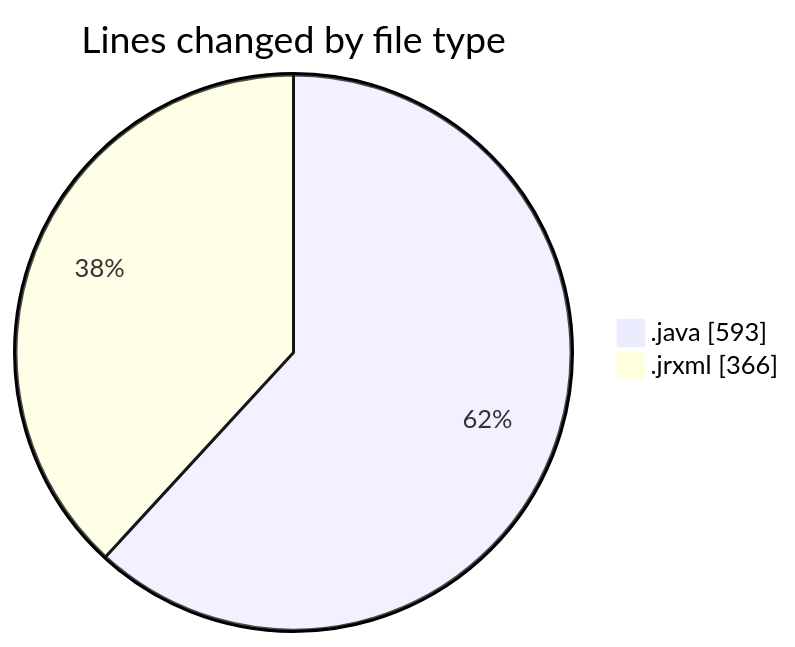
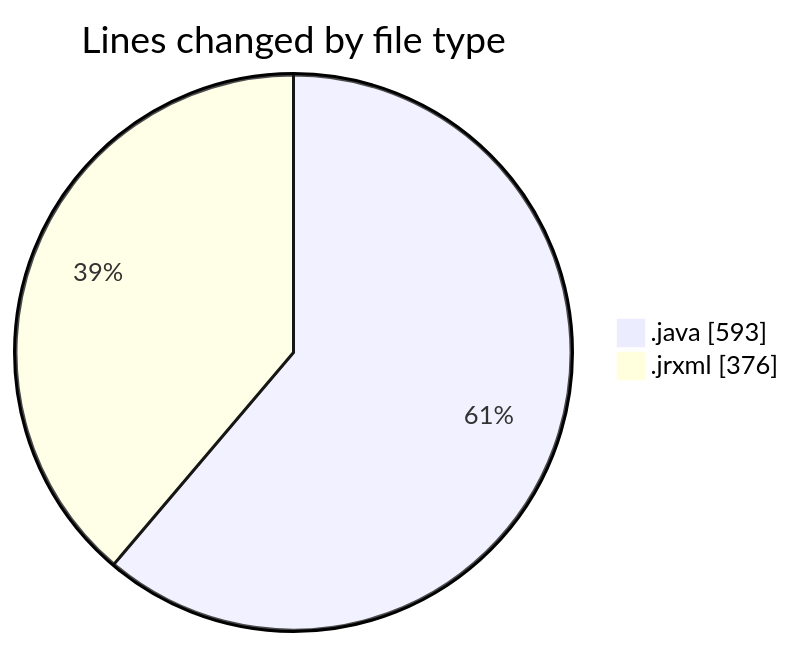
One commit to ricardozamudiocil/code-tracking changed the first of 2 diagrams in 2026-08-27/cilreports__workspace_/README.md. Above: the diagram before and after it, drawn with Mermaid. The commit also changed other lines of this file and 1 other file, not shown here.

````diff
--- a/2026-08-27/cilreports__workspace_/README.md
+++ b/2026-08-27/cilreports__workspace_/README.md
@@ -23,6 +23,6 @@
 ```mermaid
 pie showData
 title Lines changed by file type
 ".java" : 593
-".jrxml" : 366
+".jrxml" : 376
 ```
````
